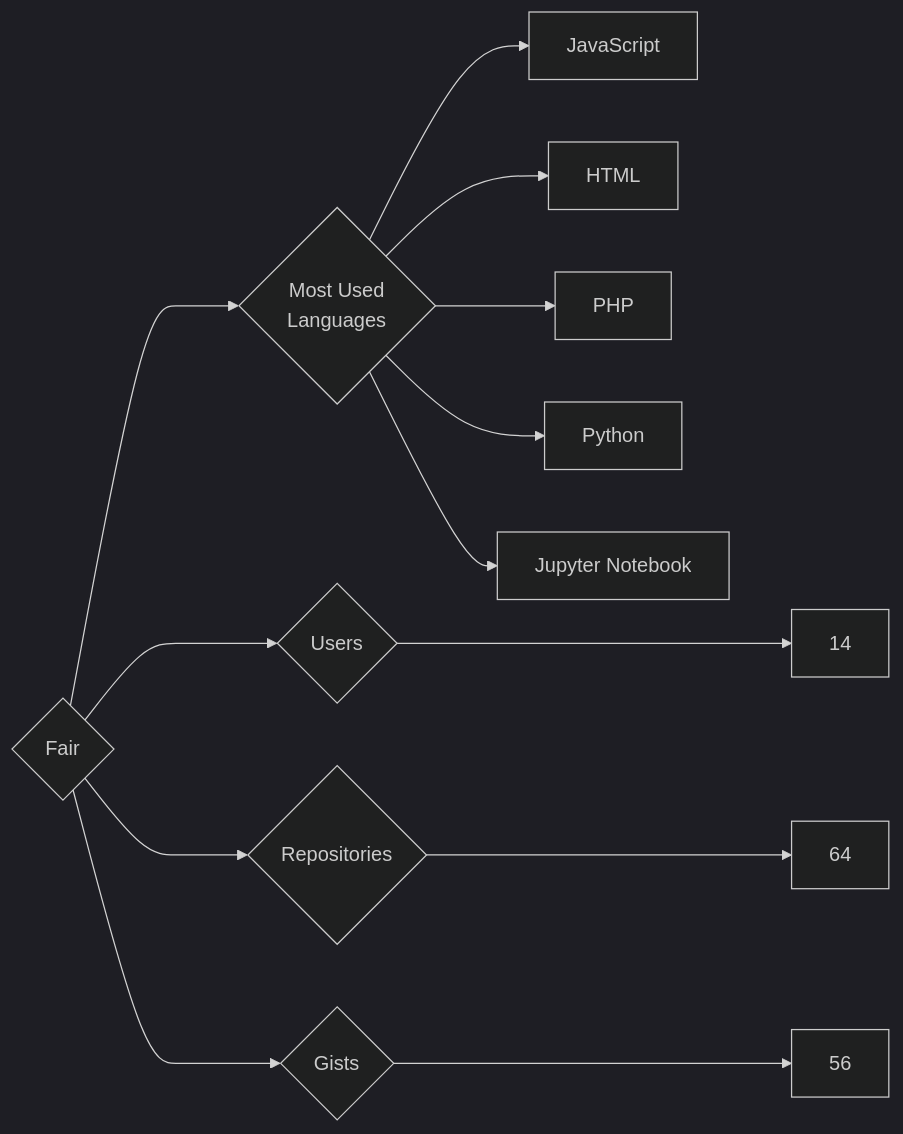
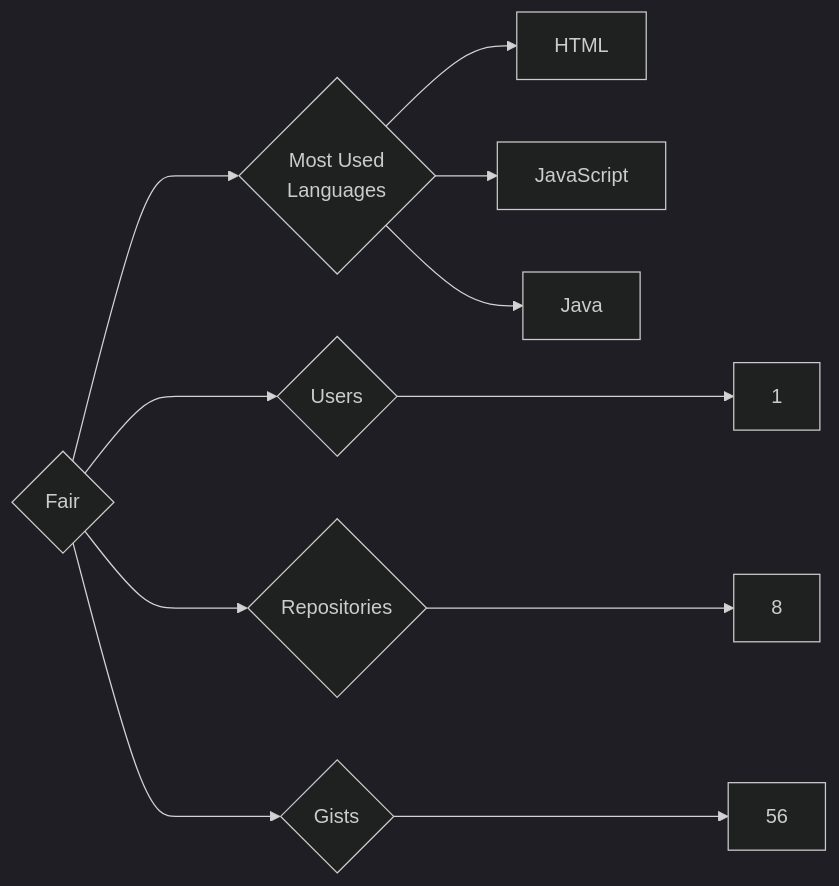
One commit to trickest/insiders changed the diagram in targets/Fair/README.md. Above: the diagram before and after it, drawn with Mermaid (dark theme). The commit also changed 622 other files, not shown here.

````diff
--- a/targets/Fair/README.md
+++ b/targets/Fair/README.md
@@ -3,13 +3,11 @@
 ```mermaid
 graph LR
 COMPANY_NAME{Fair}
-COMPANY_NAME ---> U{Users} ---> UN[14]
-COMPANY_NAME ---> R{Repositories} ---> RN[64]
+COMPANY_NAME ---> U{Users} ---> UN[1]
+COMPANY_NAME ---> R{Repositories} ---> RN[8]
 COMPANY_NAME ---> G{Gists} ---> GN[56]
 COMPANY_NAME ---> ML{Most Used<br>Languages}
+ML --> HTML[HTML]
 ML --> JavaScript[JavaScript]
-ML --> HTML[HTML]
-ML --> PHP[PHP]
-ML --> Python[Python]
-ML --> Jupyter_Notebook[Jupyter Notebook]
+ML --> Java[Java]
 ```
````
